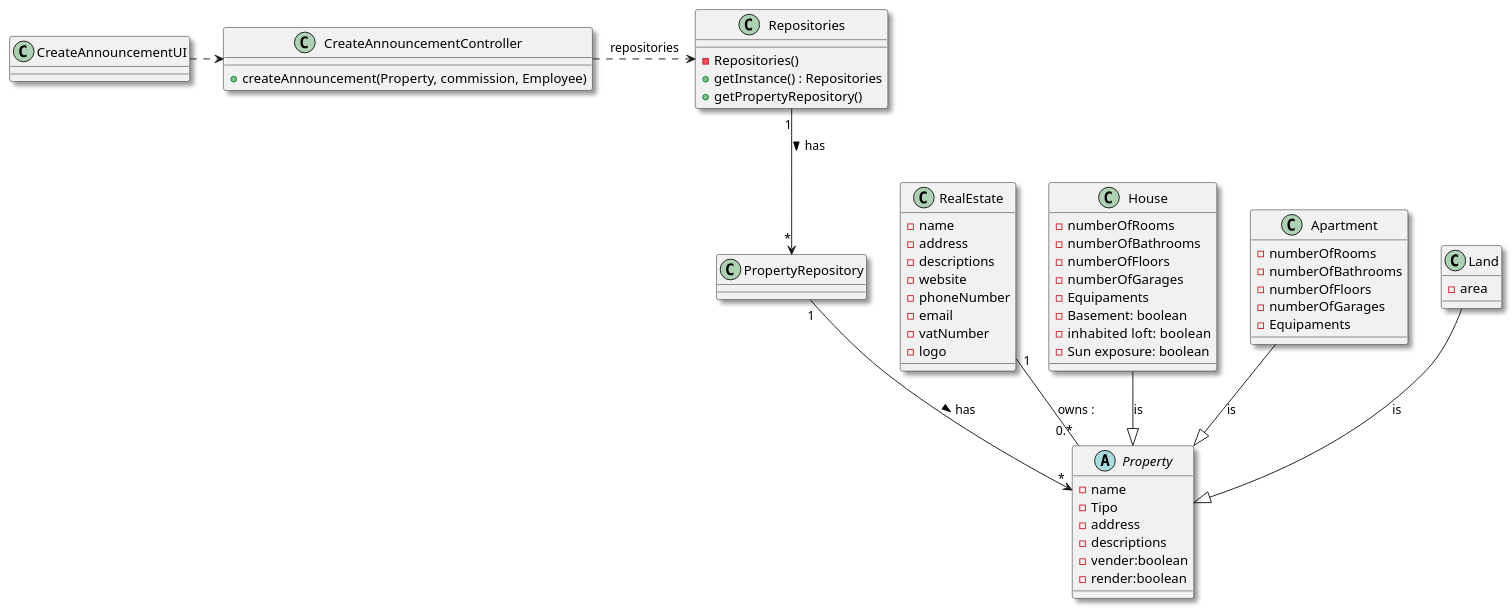
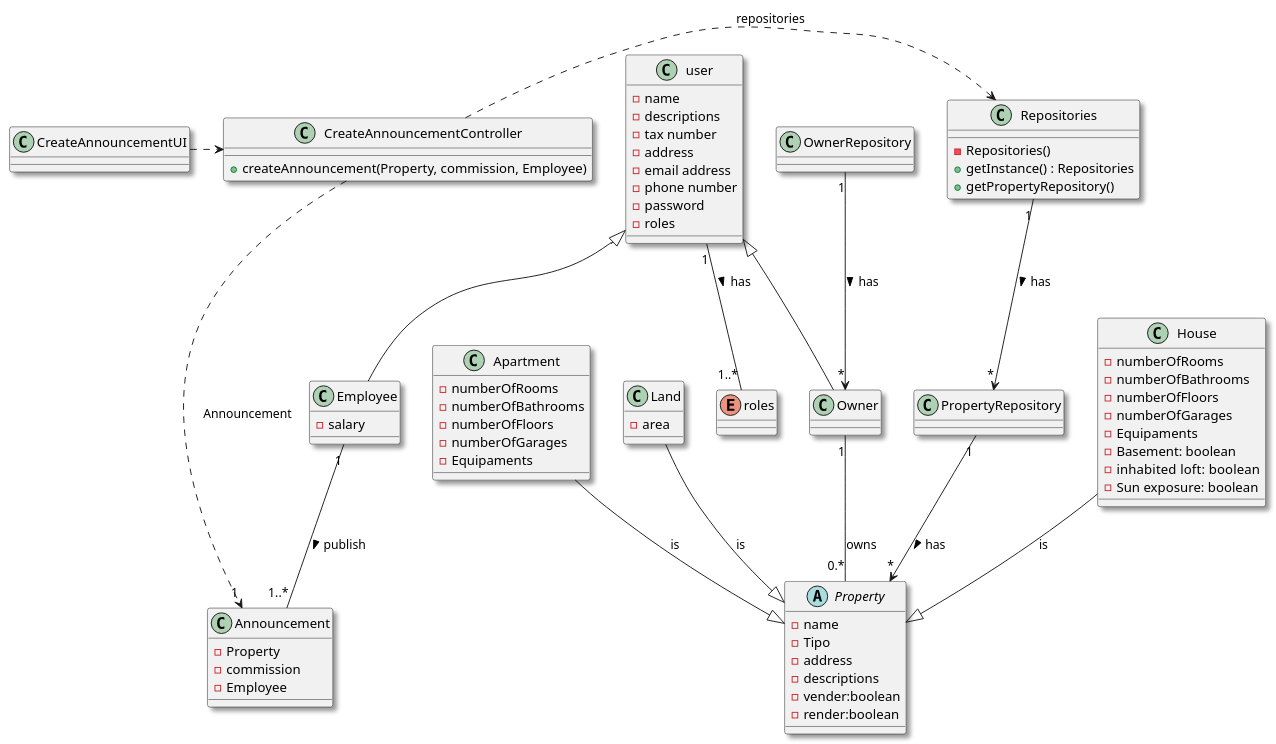
One commit to hugosilva2901/lei-22-s2-1DO-g68 changed the diagram in lei-22-s2-1do-g68/docs/SprintB/us002/03.design/puml/us002-class-diagram.puml. Above: the diagram before and after it, drawn with PlantUML. The commit also changed 4 other files, not shown here.

Commit message:
remover agent mudanças no diagrama de classes e adicionar novas classes

```diff
--- a/lei-22-s2-1do-g68/docs/SprintB/us002/03.design/puml/us002-class-diagram.puml
+++ b/lei-22-s2-1do-g68/docs/SprintB/us002/03.design/puml/us002-class-diagram.puml
@@ -1,76 +1,101 @@
 @startuml
 skinparam monochrome false
 skinparam packageStyle rectangle
 skinparam shadowing true
 top to bottom direction
 
 skinparam classAttributeIconSize "2"
 
-
-class RealEstate {
-    - name
-    - address
-    - descriptions
-    - website
-    - phoneNumber
-    - email
-    - vatNumber
-    - logo
-}
 class House{
     - numberOfRooms
     - numberOfBathrooms
     - numberOfFloors
     - numberOfGarages
     - Equipaments
     - Basement: boolean
     - inhabited  loft: boolean
     - Sun exposure: boolean
 }
 class Apartment{
     - numberOfRooms
     - numberOfBathrooms
     - numberOfFloors
     - numberOfGarages
     - Equipaments
 
 }
 class Land{
     - area
 }
 abstract class Property {
     - name
     - Tipo
     - address
     - descriptions
     - vender:boolean
     - render:boolean
 }
 
 class Repositories {
     - Repositories()
     + getInstance() : Repositories
     + getPropertyRepository()
 
 }
 class CreateAnnouncementUI{
 }
 
 class CreateAnnouncementController{
     + createAnnouncement(Property, commission, Employee)
 }
 class PropertyRepository{
 
 }
 
+class Owner extends user{
+}
+
+class Employee extends user{
+    -salary
+}
+
+class user{
+    - name
+    - descriptions
+    - tax number
+    - address
+    - email address
+    - phone number
+    - password
+    - roles
+
+}
+
+enum roles{
+
+}
+
+class Announcement{
+    -Property
+    -commission
+    -Employee
+}
+
+class OwnerRepository{
+
+}
+
 CreateAnnouncementUI .> CreateAnnouncementController
 CreateAnnouncementController .> Repositories : repositories
 Repositories "1" --> "*" PropertyRepository : has >
 PropertyRepository "1" --> "*" Property : has >
 House  --|>  Property  : is
 Apartment  --|>  Property : is
 Land  --|>  Property : is
-RealEstate "1"--"0.*" Property: owns :
-
+Owner "1"--"0.*" Property: owns
+user "1"--"1..*" roles : has >
+Employee "1"--"1..*" Announcement : publish >
+CreateAnnouncementController ..> "1" Announcement : Announcement
+OwnerRepository "1" --> "*" Owner : has >
 
 @enduml
```
